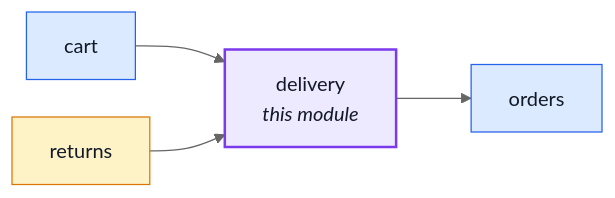
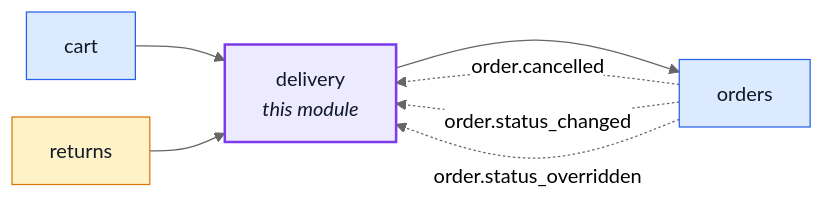
One commit to Guebbit/boilerplate-node-backend changed the first of 4 diagrams in docs/modules/delivery.md. Above: the diagram before and after it, drawn with Mermaid (neutral theme). The commit also changed other lines of this file and 20 other files, not shown here.

````diff
--- a/docs/modules/delivery.md
+++ b/docs/modules/delivery.md
@@ -16,20 +16,23 @@
 ```mermaid
 %%{init: {'flowchart': {'nodeSpacing': 30, 'rankSpacing': 60}}}%%
 flowchart LR
     delivery["delivery<br/><i>this module</i>"]
     cart["cart"]
     orders["orders"]
     returns["returns"]
 
     cart --> delivery
     returns --> delivery
     delivery --> orders
+    orders -. "order.cancelled" .-> delivery
+    orders -. "order.status_changed" .-> delivery
+    orders -. "order.status_overridden" .-> delivery
 
     classDef core fill:#dbeafe,stroke:#2563eb,color:#111827;
     classDef supporting fill:#fef3c7,stroke:#d97706,color:#111827;
     classDef generic fill:#dcfce7,stroke:#16a34a,color:#111827;
     classDef centre fill:#ede9fe,stroke:#7c3aed,stroke-width:2px,color:#111827;
     class cart,orders core;
     class returns supporting;
     class delivery centre;
 ```
````
